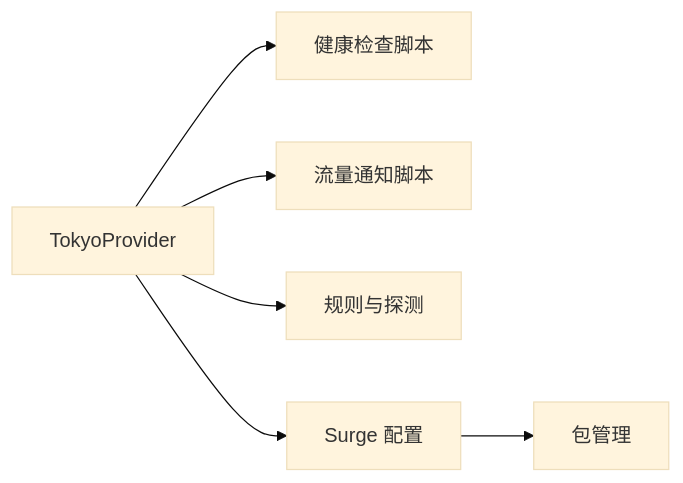
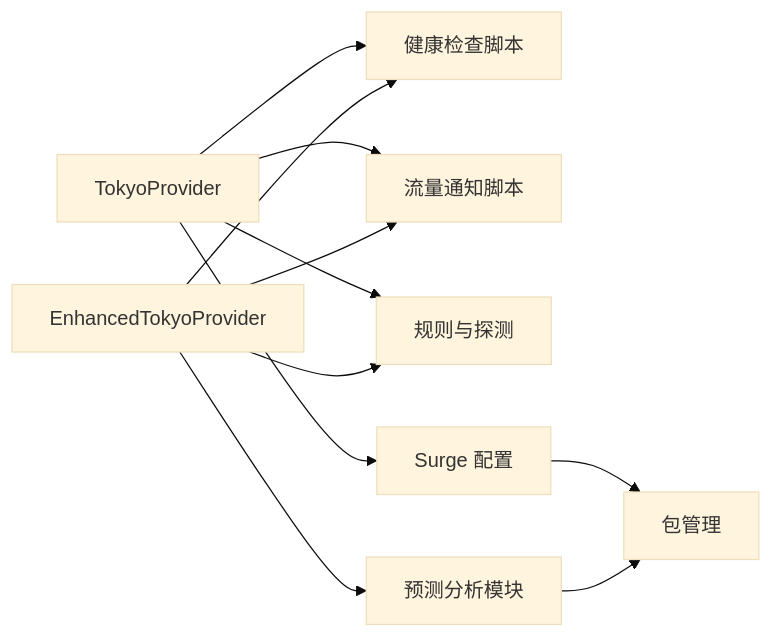
Before and after one commit to 3kaiu/config: the tenth of 10 diagrams in .qoder/repowiki/zh/content/脚本库/镜像脚本/东京节点提供商.md, drawn with Mermaid (base theme). The commit also changed other lines of this file and 112 other files, not shown here.

````diff
--- a/.qoder/repowiki/zh/content/脚本库/镜像脚本/东京节点提供商.md
+++ b/.qoder/repowiki/zh/content/脚本库/镜像脚本/东京节点提供商.md
@@ -337,8 +431,13 @@
 ```mermaid
 graph LR
 P["TokyoProvider"] --> HC["健康检查脚本"]
 P --> TN["流量通知脚本"]
 P --> RC["规则与探测"]
 P --> SC["Surge 配置"]
+PE["EnhancedTokyoProvider"] --> PA["预测分析模块"]
+PE --> HC
+PE --> TN
+PE --> RC
 SC --> PKG["包管理"]
+PA --> PKG
 ```
````
